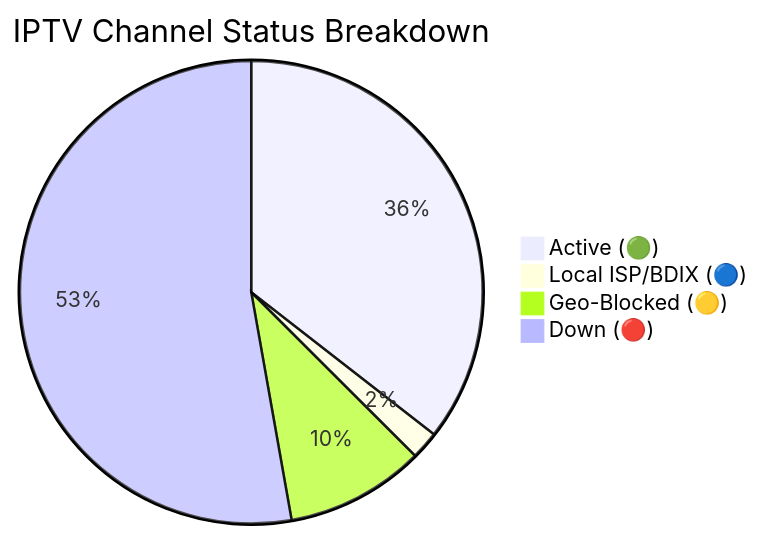
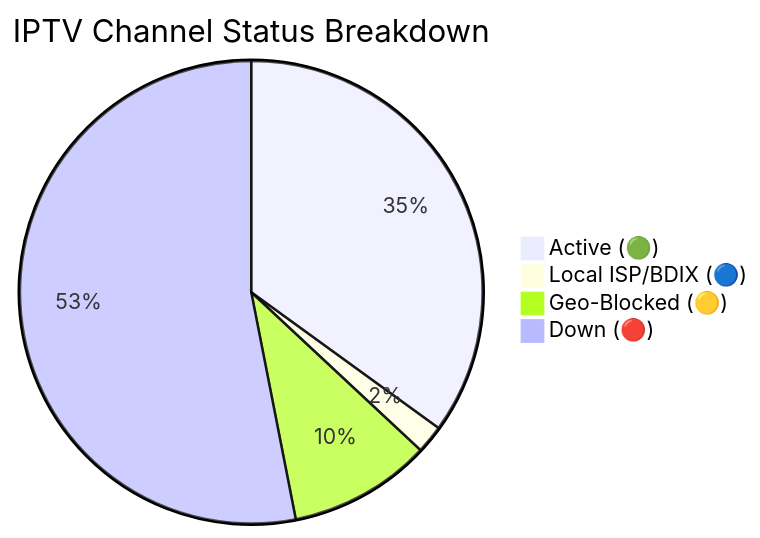
Before and after one commit to andreataylord/Ip-tv-Collection: the diagram in README.md, drawn with Mermaid. The commit also changed other lines of this file and 1 other file, not shown here.

Commit message:
docs(readme): auto-update daily channel status chart

````diff
--- a/README.md
+++ b/README.md
@@ -59,7 +59,7 @@
 ```mermaid
 pie title IPTV Channel Status Breakdown
-    "Active (🟢)" : 2313
+    "Active (🟢)" : 2278
     "Local ISP/BDIX (🔵)" : 128
-    "Geo-Blocked (🟡)" : 633
-    "Down (🔴)" : 3438
+    "Geo-Blocked (🟡)" : 649
+    "Down (🔴)" : 3457
 ```
````
